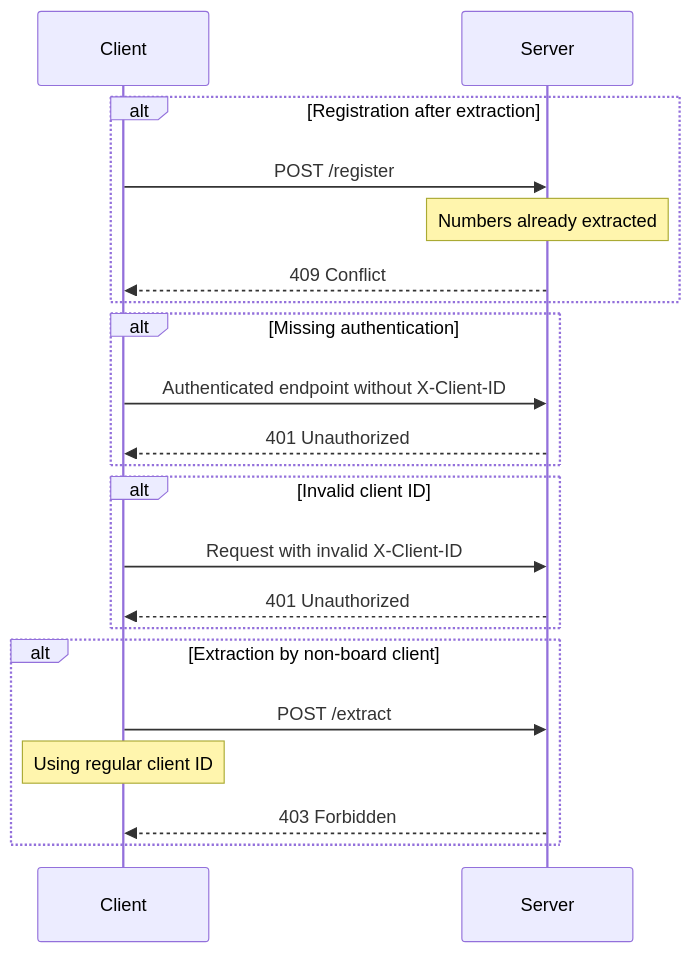
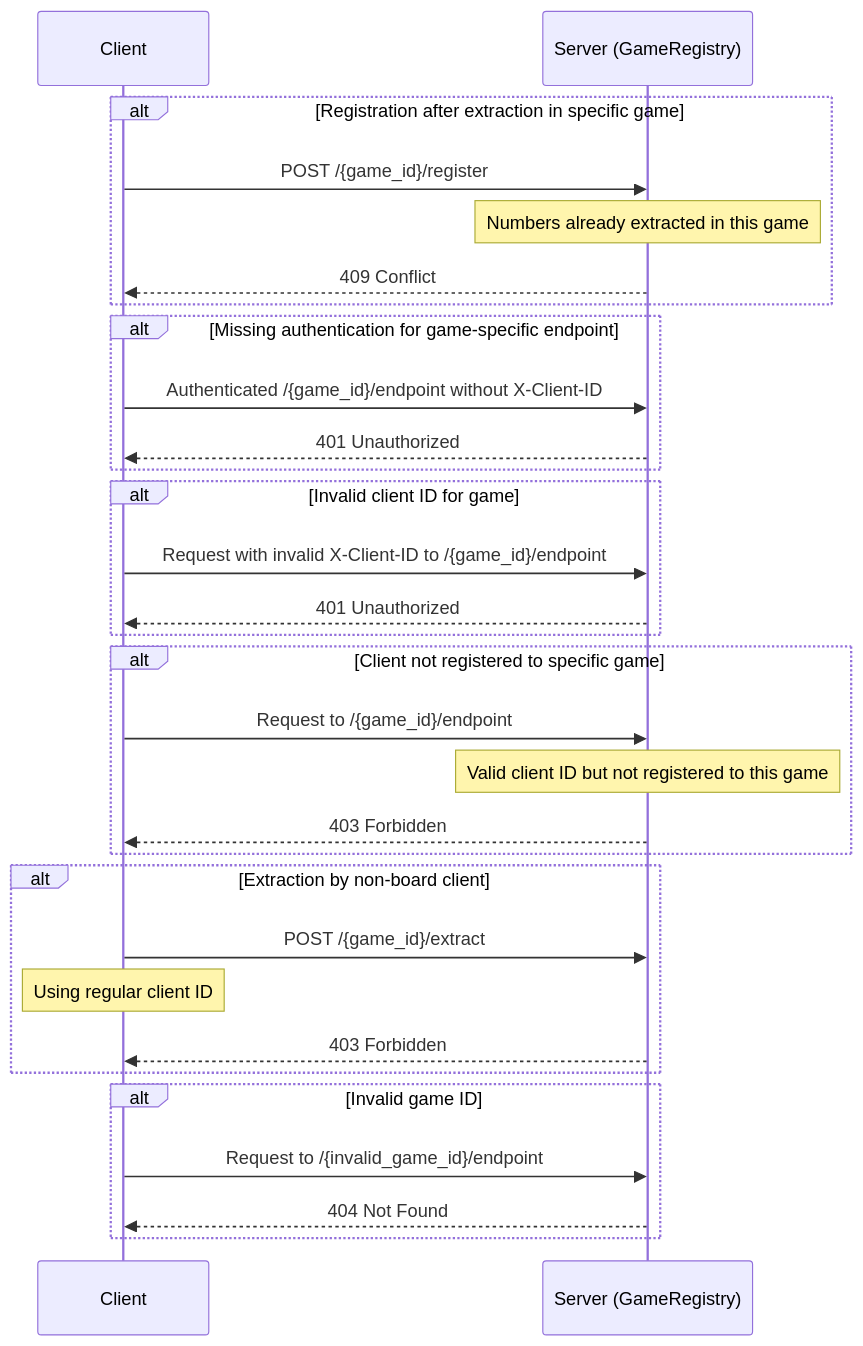
Before and after one commit to badbat75/tombola: the tenth of 11 diagrams in docs/FLOWS.md, drawn with Mermaid. The commit also changed other lines of this file and 13 other files, not shown here.

First line of the commit message:
Implement multi-game architecture with GameRegistry system

````diff
--- a/docs/FLOWS.md
+++ b/docs/FLOWS.md
@@ -215,27 +345,38 @@
 ```mermaid
 sequenceDiagram
     participant C as Client
-    participant S as Server
+    participant S as Server (GameRegistry)
 
-    alt Registration after extraction
-        C->>S: POST /register
-        Note over S: Numbers already extracted
+    alt Registration after extraction in specific game
+        C->>S: POST /{game_id}/register
+        Note over S: Numbers already extracted in this game
         S-->>C: 409 Conflict
     end
 
-    alt Missing authentication
-        C->>S: Authenticated endpoint without X-Client-ID
+    alt Missing authentication for game-specific endpoint
+        C->>S: Authenticated /{game_id}/endpoint without X-Client-ID
         S-->>C: 401 Unauthorized
     end
 
-    alt Invalid client ID
-        C->>S: Request with invalid X-Client-ID
+    alt Invalid client ID for game
+        C->>S: Request with invalid X-Client-ID to /{game_id}/endpoint
         S-->>C: 401 Unauthorized
     end
 
+    alt Client not registered to specific game
+        C->>S: Request to /{game_id}/endpoint
+        Note over S: Valid client ID but not registered to this game
+        S-->>C: 403 Forbidden
+    end
+
     alt Extraction by non-board client
-        C->>S: POST /extract
+        C->>S: POST /{game_id}/extract
         Note over C: Using regular client ID
         S-->>C: 403 Forbidden
     end
+
+    alt Invalid game ID
+        C->>S: Request to /{invalid_game_id}/endpoint
+        S-->>C: 404 Not Found
+    end
 ```
````
